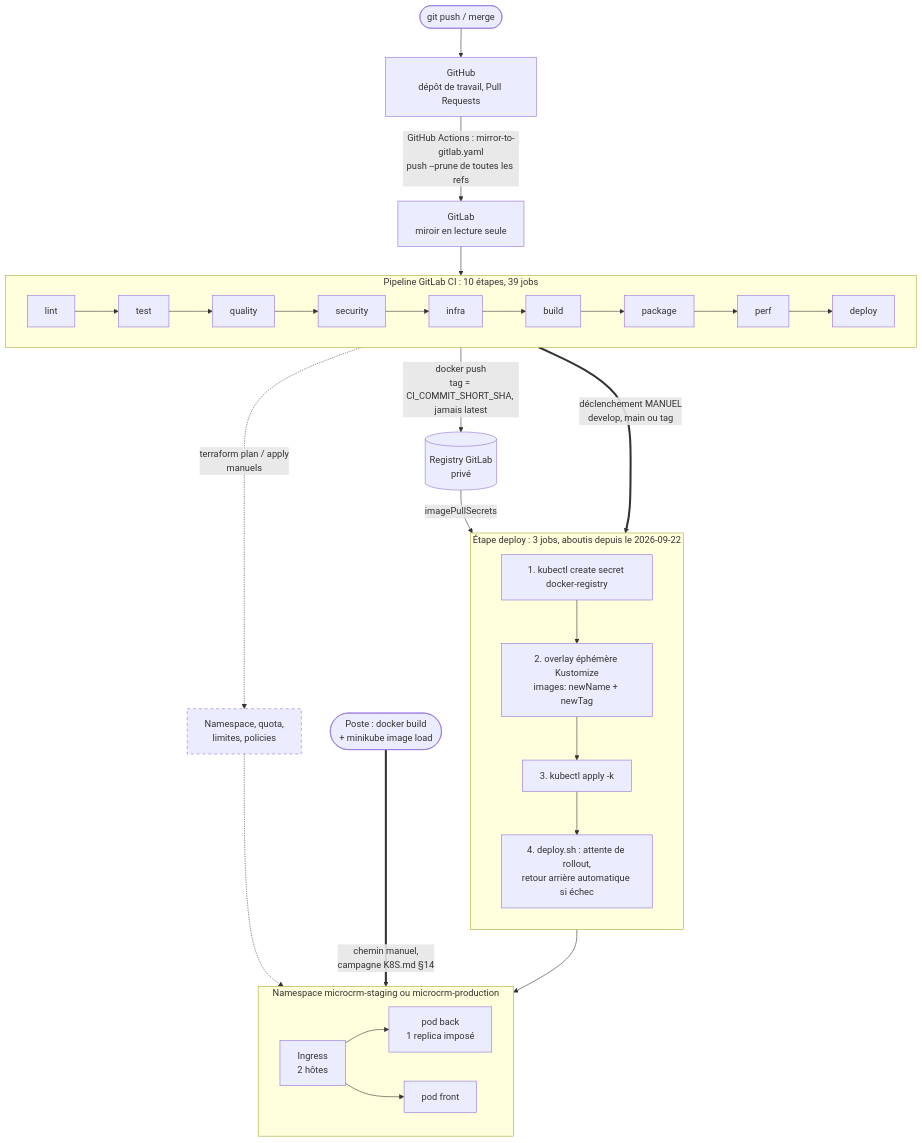
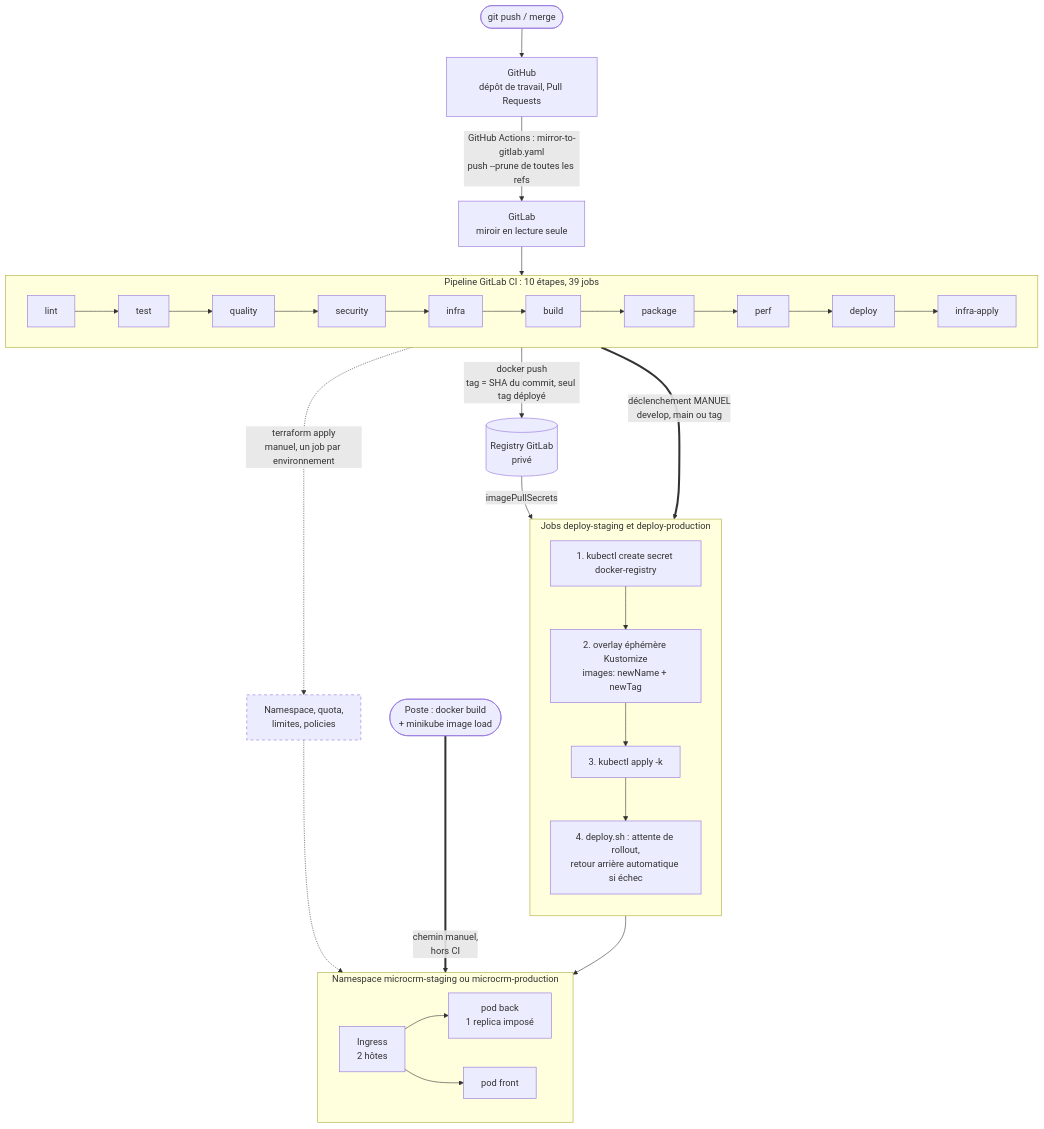
One commit to TedPasquiet/G-rez-le-cycle-de-vie-de-d-veloppement-logiciel changed the diagram in docs/schemas/plateforme-deploiement.mmd. Above: the diagram before and after it, drawn with Mermaid. The commit also changed 27 other files, not shown here.

```diff
--- a/docs/schemas/plateforme-deploiement.mmd
+++ b/docs/schemas/plateforme-deploiement.mmd
@@ -1,50 +1,48 @@
 %% Schéma 1 — La plateforme de déploiement, du commit au pod.
 %% Source versionnée du bloc Mermaid d'ARCHITECTURE.md §8.1.
-%% Convention : trait plein = chemin emprunté par le fil du pipeline ;
-%%              pointillé   = chemin manuel, hors de ce fil.
-%% L'étape deploy est passée en trait plein le 2026-09-23 : elle aboutit depuis
-%% le 2026-09-22 (ARCHITECTURE.md §8.1). Seul Terraform reste en pointillé :
-%% son apply a été joué (production depuis la CI le 2026-09-23), mais il reste
-%% un geste manuel, dans la dernière étape.
+%% Convention : trait plein = chemin suivi par le pipeline ;
+%%              trait épais  = déclenchement manuel ;
+%%              pointillé    = apply Terraform, geste manuel placé dans la
+%%                             dernière étape (infra-apply).
 %% Les identifiants de nœuds restent en ASCII, seuls les libellés sont accentués.
 flowchart TB
     dev(["git push / merge"]) --> gh["GitHub<br/>dépôt de travail, Pull Requests"]
     gh -->|"GitHub Actions : mirror-to-gitlab.yaml<br/>push --prune de toutes les refs"| gl["GitLab<br/>miroir en lecture seule"]
     gl --> pipe
 
     subgraph pipe["Pipeline GitLab CI : 10 étapes, 39 jobs"]
         direction LR
-        s1["lint"] --> s2["test"] --> s3["quality"] --> s4["security"] --> s5["infra"] --> s6["build"] --> s7["package"] --> s8["perf"] --> s9["deploy"]
+        s1["lint"] --> s2["test"] --> s3["quality"] --> s4["security"] --> s5["infra"] --> s6["build"] --> s7["package"] --> s8["perf"] --> s9["deploy"] --> s10["infra-apply"]
     end
 
-    s7 -->|"docker push<br/>tag = CI_COMMIT_SHORT_SHA, jamais latest"| reg[("Registry GitLab<br/>privé")]
-    s5 -.->|"terraform plan / apply<br/>manuels"| tf["Namespace, quota,<br/>limites, policies"]
+    s7 -->|"docker push<br/>tag = SHA du commit, seul tag déployé"| reg[("Registry GitLab<br/>privé")]
+    s10 -.->|"terraform apply<br/>manuel, un job par environnement"| tf["Namespace, quota,<br/>limites, policies"]
 
     s9 == "déclenchement MANUEL<br/>develop, main ou tag" ==> jobs
 
-    subgraph jobs["Étape deploy : 3 jobs, aboutis depuis le 2026-09-22"]
+    subgraph jobs["Jobs deploy-staging et deploy-production"]
         direction TB
         j1["1. kubectl create secret docker-registry"]
         j2["2. overlay éphémère Kustomize<br/>images: newName + newTag"]
         j3["3. kubectl apply -k"]
         j4["4. deploy.sh : attente de rollout,<br/>retour arrière automatique si échec"]
         j1 --> j2 --> j3 --> j4
     end
 
     reg -->|"imagePullSecrets"| j3
     tf -.-> ns
     j4 --> ns
 
     subgraph ns["Namespace microcrm-staging ou microcrm-production"]
         direction LR
         ing["Ingress<br/>2 hôtes"]
         pb["pod back<br/>1 replica imposé"]
         pf["pod front"]
         ing --> pb
         ing --> pf
     end
 
-    poste(["Poste : docker build<br/>+ minikube image load"]) ==>|"chemin manuel,<br/>campagne K8S.md §14"| ns
+    poste(["Poste : docker build<br/>+ minikube image load"]) ==>|"chemin manuel,<br/>hors CI"| ns
 
-    classDef jamais stroke-dasharray: 5 5;
-    class tf jamais;
+    classDef manuel stroke-dasharray: 5 5;
+    class tf manuel;
```
